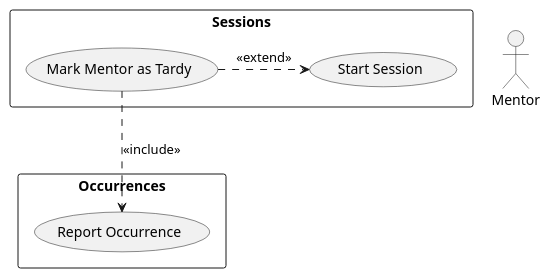
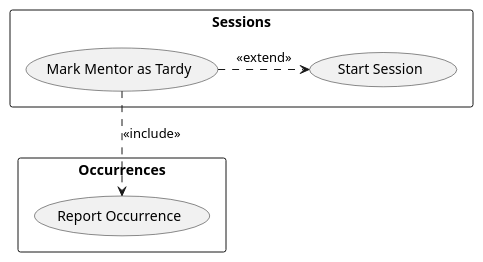
Before and after one commit to bmb0136/COMP-3700-Project: the diagram in Use Cases/MarkMentorAsTardy.iuml, drawn with PlantUML. The commit also changed other lines of this file and 17 other files, not shown here.

```diff
--- a/Use Cases/MarkMentorAsTardy.iuml
+++ b/Use Cases/MarkMentorAsTardy.iuml
@@ -1,13 +1,12 @@
 @startuml Mark Mentor as Tardy
-actor :Mentor:
 rectangle "Sessions" {
   (Start Session) as Start
   (Mark Mentor as Tardy) as Tardy
 }
 rectangle "Occurrences" {
   (Report Occurrence) as Report
 }
 Tardy .> Start : <<extend>>
 Tardy ..> Report : <<include>>
 
 @enduml
```
